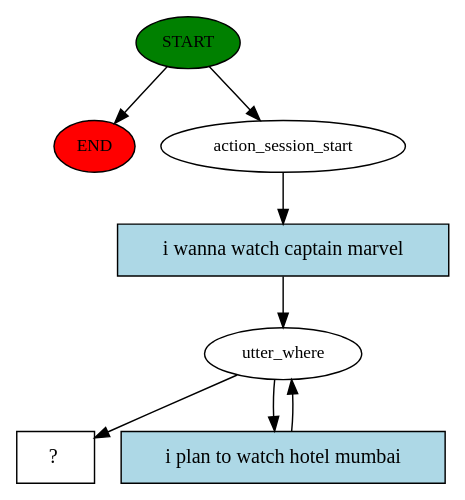
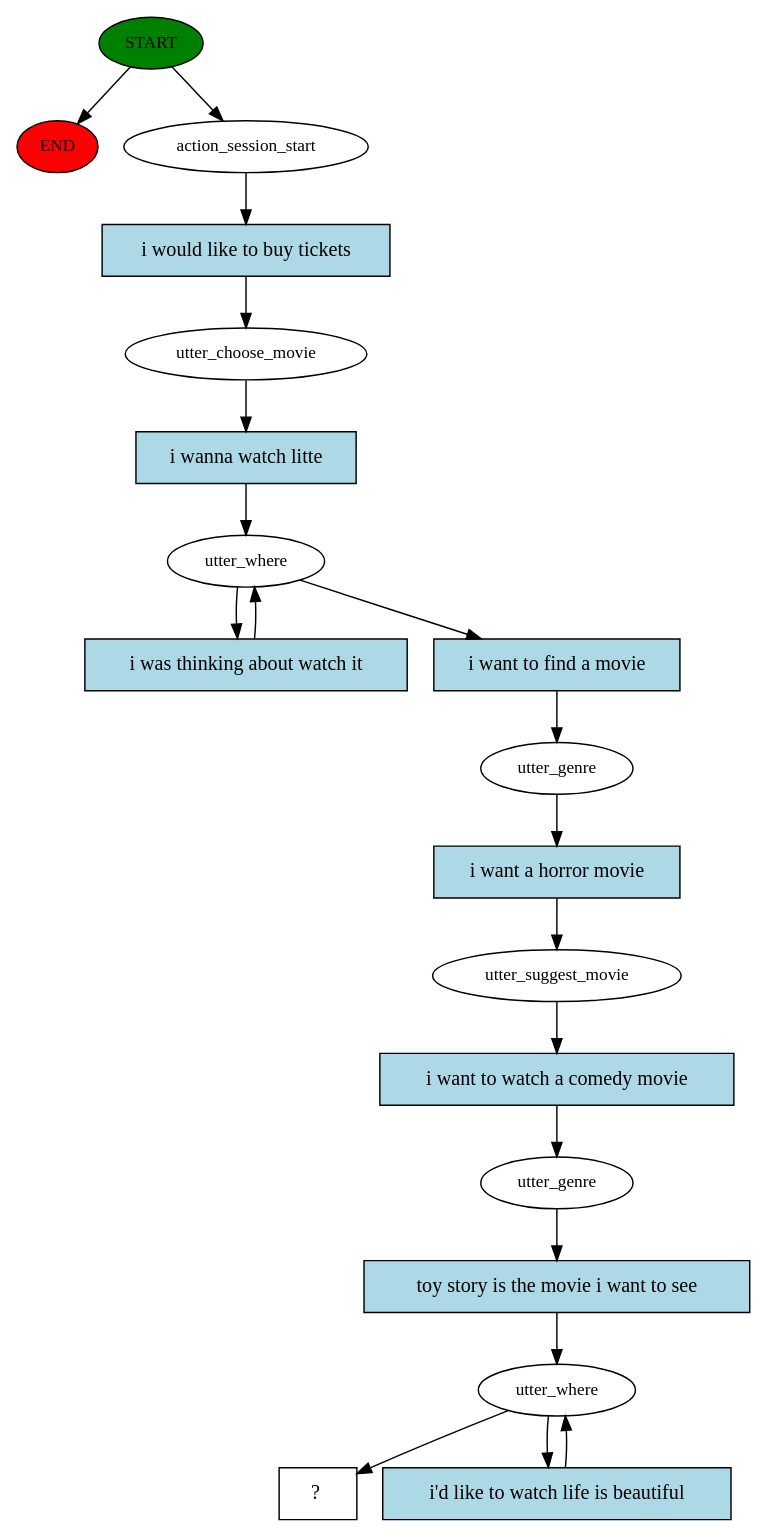
One commit to menezesmalu/chatbot changed the diagram in story_graph.dot. Above: the diagram before and after it, drawn with Graphviz. The commit also changed 23 other files, not shown here.

```diff
--- a/story_graph.dot
+++ b/story_graph.dot
@@ -1,16 +1,39 @@
 digraph  {
 0 [class="start active", fillcolor=green, fontsize=12, label=START, style=filled];
 "-1" [class=end, fillcolor=red, fontsize=12, label=END, style=filled];
 1 [class=active, fontsize=12, label=action_session_start];
-2 [class=active, fontsize=12, label=utter_where];
-5 [class="intent dashed active", label="  ?  ", shape=rect];
-6 [class="intent active", fillcolor=lightblue, label="i wanna watch captain marvel", shape=rect, style=filled];
-7 [class="intent active", fillcolor=lightblue, label="i plan to watch hotel mumbai", shape=rect, style=filled];
+2 [class=active, fontsize=12, label=utter_choose_movie];
+3 [class=active, fontsize=12, label=utter_where];
+6 [class=active, fontsize=12, label=utter_genre];
+7 [class=active, fontsize=12, label=utter_suggest_movie];
+8 [class=active, fontsize=12, label=utter_genre];
+9 [class=active, fontsize=12, label=utter_where];
+19 [class="intent dashed active", label="  ?  ", shape=rect];
+20 [class="intent active", fillcolor=lightblue, label="i would like to buy tickets", shape=rect, style=filled];
+21 [class="intent active", fillcolor=lightblue, label="i wanna watch litte", shape=rect, style=filled];
+22 [class="intent active", fillcolor=lightblue, label="i was thinking about watch it", shape=rect, style=filled];
+23 [class="intent active", fillcolor=lightblue, label="i want to find a movie", shape=rect, style=filled];
+24 [class="intent active", fillcolor=lightblue, label="i want a horror movie", shape=rect, style=filled];
+25 [class="intent active", fillcolor=lightblue, label="i want to watch a comedy movie", shape=rect, style=filled];
+26 [class="intent active", fillcolor=lightblue, label="toy story is the movie i want to see", shape=rect, style=filled];
+27 [class="intent active", fillcolor=lightblue, label="i'd like to watch life is beautiful", shape=rect, style=filled];
 0 -> "-1"  [class="", key=NONE, label=""];
 0 -> 1  [class=active, key=NONE, label=""];
-1 -> 6  [class=active, key=0];
-2 -> 5  [class=active, key=NONE, label=""];
-2 -> 7  [class=active, key=0];
-6 -> 2  [class=active, key=0];
-7 -> 2  [class=active, key=0];
+1 -> 20  [class=active, key=0];
+2 -> 21  [class=active, key=0];
+3 -> 22  [class=active, key=0];
+3 -> 23  [class=active, key=0];
+6 -> 24  [class=active, key=0];
+7 -> 25  [class=active, key=0];
+8 -> 26  [class=active, key=0];
+9 -> 19  [class=active, key=NONE, label=""];
+9 -> 27  [class=active, key=0];
+20 -> 2  [class=active, key=0];
+21 -> 3  [class=active, key=0];
+22 -> 3  [class=active, key=0];
+23 -> 6  [class=active, key=0];
+24 -> 7  [class=active, key=0];
+25 -> 8  [class=active, key=0];
+26 -> 9  [class=active, key=0];
+27 -> 9  [class=active, key=0];
 }
```
